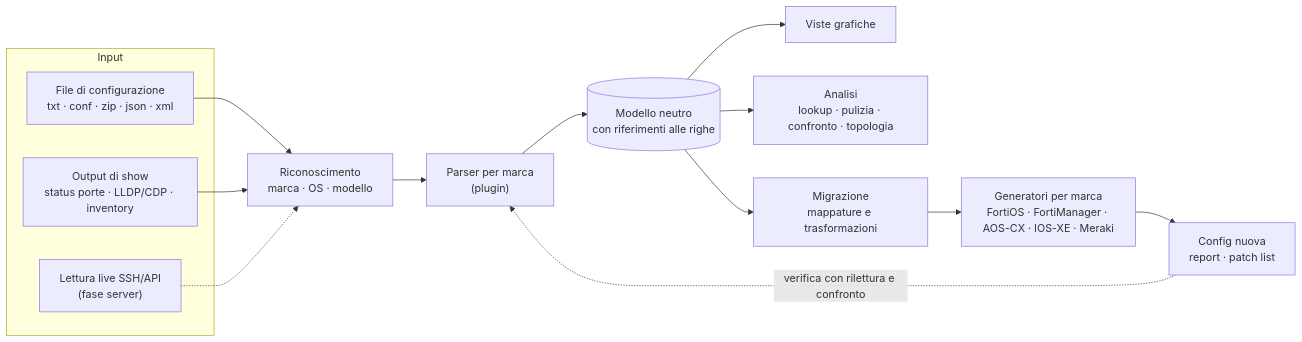
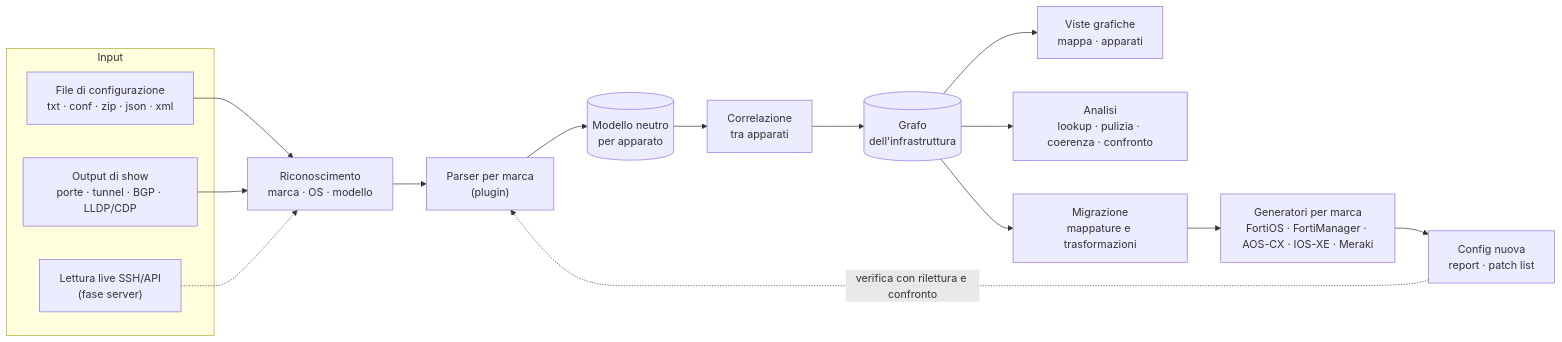
Before and after one commit to TehMaat/Network-Config-Viewer: the diagram in docs/STUDIO.md, drawn with Mermaid. The commit also changed other lines of this file and 7 other files, not shown here.

````diff
--- a/docs/STUDIO.md
+++ b/docs/STUDIO.md
@@ -32,19 +43,21 @@
 ```mermaid
 flowchart LR
     subgraph IN["Input"]
         F["File di configurazione<br/>txt · conf · zip · json · xml"]
-        S["Output di show<br/>status porte · LLDP/CDP · inventory"]
+        S["Output di show<br/>porte · tunnel · BGP · LLDP/CDP"]
         L["Lettura live SSH/API<br/>(fase server)"]
     end
     F --> R["Riconoscimento<br/>marca · OS · modello"]
     S --> R
     L -.-> R
     R --> P["Parser per marca<br/>(plugin)"]
-    P --> M[("Modello neutro<br/>con riferimenti alle righe")]
-    M --> V["Viste grafiche"]
-    M --> A["Analisi<br/>lookup · pulizia · confronto · topologia"]
-    M --> X["Migrazione<br/>mappature e trasformazioni"]
+    P --> M[("Modello neutro<br/>per apparato")]
+    M --> C["Correlazione<br/>tra apparati"]
+    C --> I[("Grafo<br/>dell'infrastruttura")]
+    I --> V["Viste grafiche<br/>mappa · apparati"]
+    I --> A["Analisi<br/>lookup · pulizia · coerenza · confronto"]
+    I --> X["Migrazione<br/>mappature e trasformazioni"]
     X --> G["Generatori per marca<br/>FortiOS · FortiManager · AOS-CX · IOS-XE · Meraki"]
     G --> O["Config nuova<br/>report · patch list"]
     O -.->|verifica con rilettura e confronto| P
 ```
````
